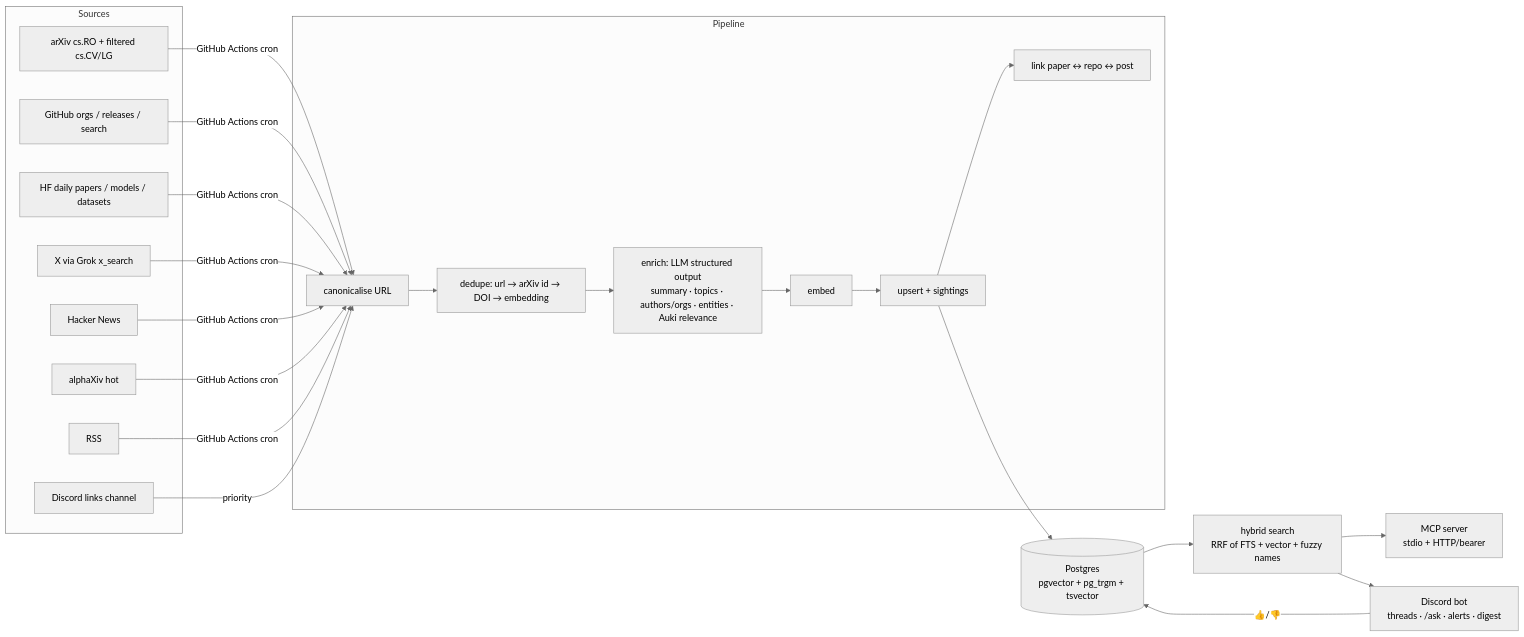
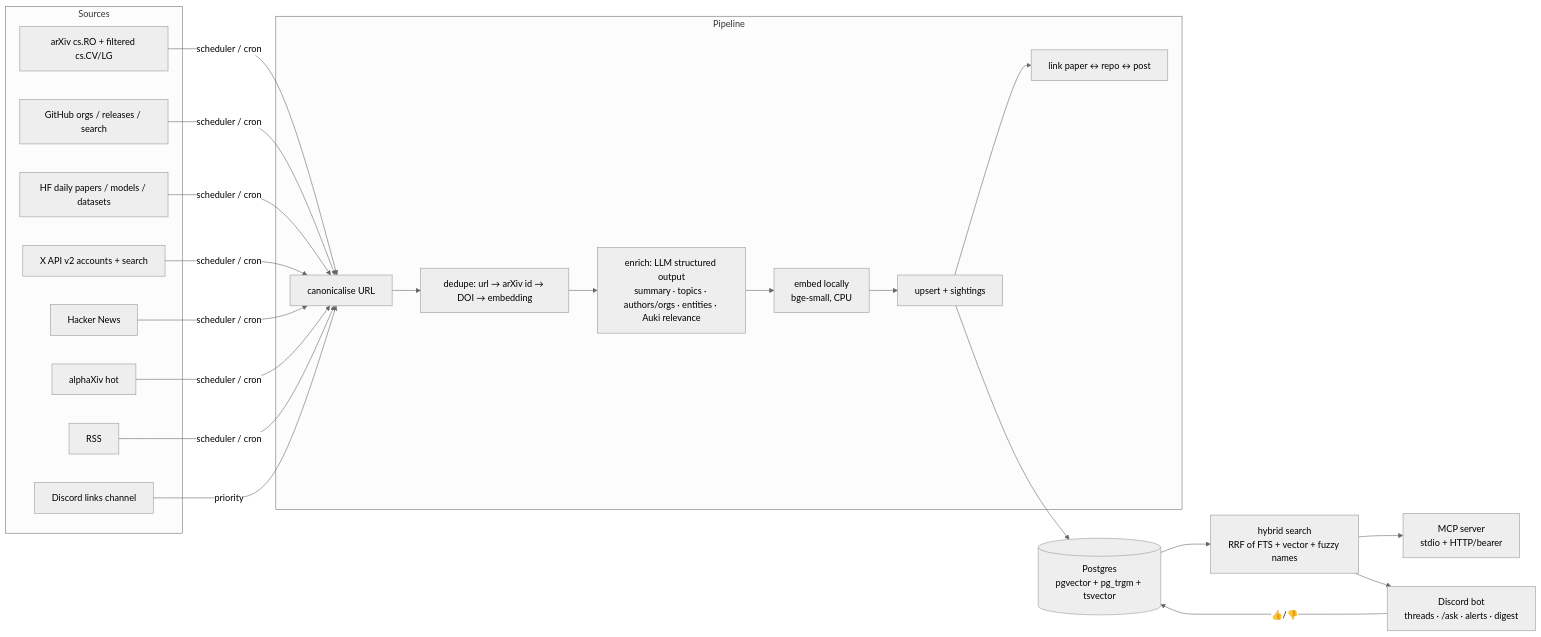
Before and after one commit to bennytay/scout: the diagram in README.md, drawn with Mermaid (neutral theme). The commit also changed other lines of this file and 5 other files, not shown here.

````diff
--- a/README.md
+++ b/README.md
@@ -10,25 +10,25 @@
 ```mermaid
 flowchart LR
   subgraph Sources
     A[arXiv cs.RO + filtered cs.CV/LG]
     G[GitHub orgs / releases / search]
     H[HF daily papers / models / datasets]
-    X[X via Grok x_search]
+    X[X API v2 accounts + search]
     N[Hacker News]
     AX[alphaXiv hot]
     R[RSS]
     D[Discord links channel]
   end
   subgraph Pipeline
     C[canonicalise URL] --> DD[dedupe: url → arXiv id → DOI → embedding]
     DD --> E[enrich: LLM structured output<br/>summary · topics · authors/orgs · entities · Auki relevance]
-    E --> EM[embed] --> U[upsert + sightings] --> L[link paper ↔ repo ↔ post]
+    E --> EM[embed locally<br/>bge-small, CPU] --> U[upsert + sightings] --> L[link paper ↔ repo ↔ post]
   end
-  A & G & H & X & N & AX & R -->|GitHub Actions cron| C
+  A & G & H & X & N & AX & R -->|scheduler / cron| C
   D -->|priority| C
   U --> PG[(Postgres<br/>pgvector + pg_trgm + tsvector)]
   PG --> S[hybrid search<br/>RRF of FTS + vector + fuzzy names]
   S --> MCP[MCP server<br/>stdio + HTTP/bearer]
   S --> BOT[Discord bot<br/>threads · /ask · alerts · digest]
   BOT -->|👍/👎| PG
 ```
````
